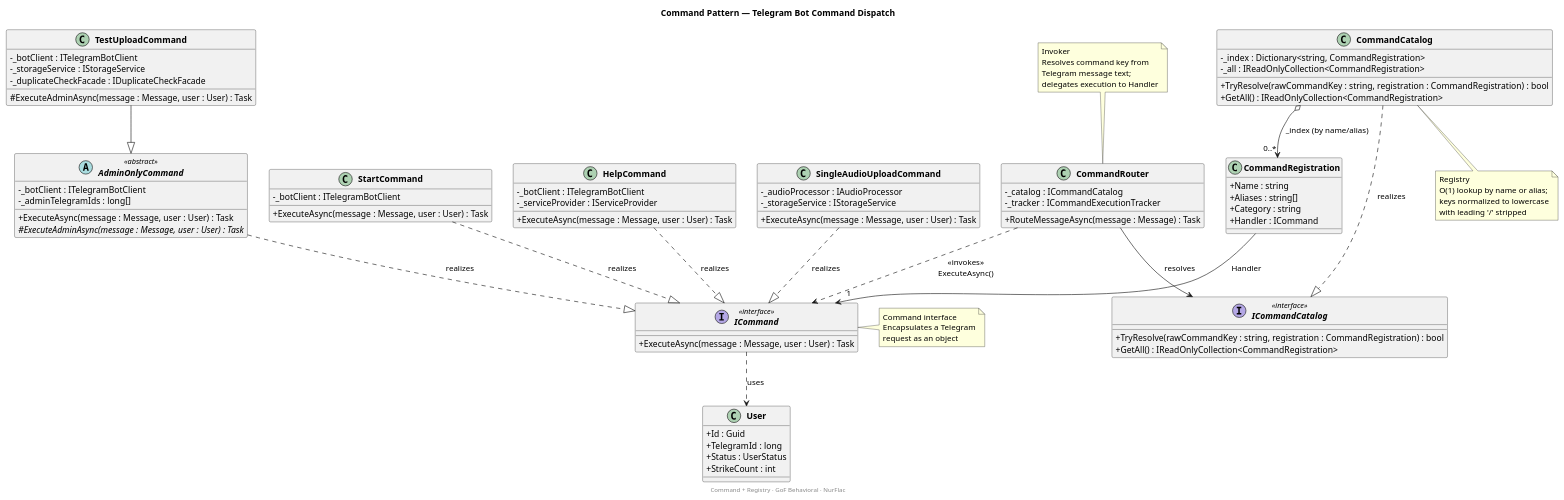
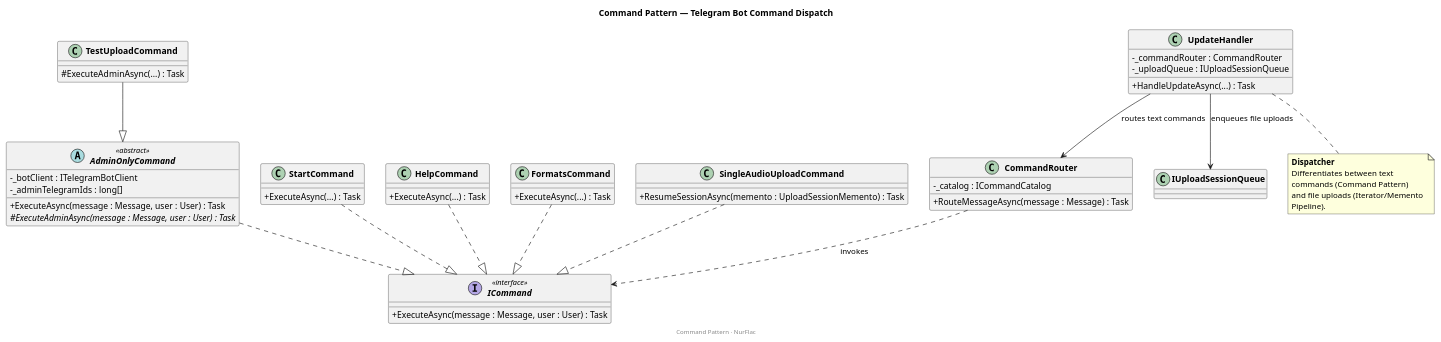
The diagram in Diagrams/Command.puml (Heiwa03/NurFlac), drawn with PlantUML before and after one commit. The commit also changed 4 other files, not shown here.

Commit message:
Update diagrams to match the current implementation

```diff
--- a/Diagrams/Command.puml
+++ b/Diagrams/Command.puml
@@ -1,126 +1,77 @@
 @startuml Command
 
 title Command Pattern — Telegram Bot Command Dispatch
 
 skinparam classAttributeIconSize 0
 skinparam classFontStyle bold
 
 ' ── Command interface ──────────────────────────────────────────
 interface ICommand <<interface>> {
   + ExecuteAsync(message : Message, user : User) : Task
 }
 
-' ── Abstract base command (admin guard via Template Method) ────
+' ── Abstract base command ──────────────────────────────────────
 abstract class AdminOnlyCommand <<abstract>> {
   - _botClient : ITelegramBotClient
   - _adminTelegramIds : long[]
   + ExecuteAsync(message : Message, user : User) : Task
   # {abstract} ExecuteAdminAsync(message : Message, user : User) : Task
 }
 
 ' ── Concrete Commands ──────────────────────────────────────────
 class StartCommand {
-  - _botClient : ITelegramBotClient
-  + ExecuteAsync(message : Message, user : User) : Task
+  + ExecuteAsync(...) : Task
 }
 
 class HelpCommand {
-  - _botClient : ITelegramBotClient
-  - _serviceProvider : IServiceProvider
-  + ExecuteAsync(message : Message, user : User) : Task
+  + ExecuteAsync(...) : Task
 }
 
-class SingleAudioUploadCommand {
-  - _audioProcessor : IAudioProcessor
-  - _storageService : IStorageService
-  + ExecuteAsync(message : Message, user : User) : Task
+class FormatsCommand {
+  + ExecuteAsync(...) : Task
 }
 
 class TestUploadCommand {
-  - _botClient : ITelegramBotClient
-  - _storageService : IStorageService
-  - _duplicateCheckFacade : IDuplicateCheckFacade
-  # ExecuteAdminAsync(message : Message, user : User) : Task
+  # ExecuteAdminAsync(...) : Task
 }
 
-' ── Command Registry ───────────────────────────────────────────
-class CommandRegistration {
-  + Name : string
-  + Aliases : string[]
-  + Category : string
-  + Handler : ICommand
+' Note: SingleAudioUploadCommand has moved to a session-based 
+' processing model, but still implements ICommand for consistency.
+class SingleAudioUploadCommand {
+  + ResumeSessionAsync(memento : UploadSessionMemento) : Task
 }
 
-interface ICommandCatalog <<interface>> {
-  + TryResolve(rawCommandKey : string, registration : CommandRegistration) : bool
-  + GetAll() : IReadOnlyCollection<CommandRegistration>
-}
-
-class CommandCatalog {
-  - _index : Dictionary<string, CommandRegistration>
-  - _all : IReadOnlyCollection<CommandRegistration>
-  + TryResolve(rawCommandKey : string, registration : CommandRegistration) : bool
-  + GetAll() : IReadOnlyCollection<CommandRegistration>
-}
-
-' ── Invoker ────────────────────────────────────────────────────
+' ── Invoker & Router ───────────────────────────────────────────
 class CommandRouter {
   - _catalog : ICommandCatalog
-  - _tracker : ICommandExecutionTracker
   + RouteMessageAsync(message : Message) : Task
 }
 
-' ── Receiver context ───────────────────────────────────────────
-class User {
-  + Id : Guid
-  + TelegramId : long
-  + Status : UserStatus
-  + StrikeCount : int
+class UpdateHandler {
+  - _commandRouter : CommandRouter
+  - _uploadQueue : IUploadSessionQueue
+  + HandleUpdateAsync(...) : Task
 }
 
-' Realizations
-AdminOnlyCommand ..|> ICommand : realizes
-StartCommand ..|> ICommand : realizes
-HelpCommand ..|> ICommand : realizes
-SingleAudioUploadCommand ..|> ICommand : realizes
+' ── Relationships ──────────────────────────────────────────────
+AdminOnlyCommand ..|> ICommand
+StartCommand ..|> ICommand
+HelpCommand ..|> ICommand
+FormatsCommand ..|> ICommand
+TestUploadCommand --|> AdminOnlyCommand
+SingleAudioUploadCommand ..|> ICommand
 
-' Inheritance from AdminOnlyCommand
-TestUploadCommand --|> AdminOnlyCommand
+UpdateHandler --> CommandRouter : "routes text commands"
+UpdateHandler --> IUploadSessionQueue : "enqueues file uploads"
+CommandRouter ..> ICommand : "invokes"
 
-' CommandRegistration holds a Command
-CommandRegistration --> "1" ICommand : Handler
-
-' Catalog
-CommandCatalog ..|> ICommandCatalog : realizes
-CommandCatalog o--> "0..*" CommandRegistration : _index (by name/alias)
-
-' Invoker
-CommandRouter --> ICommandCatalog : resolves
-CommandRouter ..> ICommand : «invokes»\nExecuteAsync()
-
-' Command receives User
-ICommand ..> User : uses
-
-note top of CommandRouter
-  Invoker
-  Resolves command key from
-  Telegram message text;
-  delegates execution to Handler
+note bottom of UpdateHandler
+  **Dispatcher**
+  Differentiates between text 
+  commands (Command Pattern) 
+  and file uploads (Iterator/Memento 
+  Pipeline).
 end note
 
-note right of ICommand
-  Command interface
-  Encapsulates a Telegram
-  request as an object
-end note
-
-note bottom of CommandCatalog
-  Registry
-  O(1) lookup by name or alias;
-  keys normalized to lowercase
-  with leading '/' stripped
-end note
-
-footer Command + Registry · GoF Behavioral · NurFlac
-
+footer Command Pattern · NurFlac
 @enduml
```
